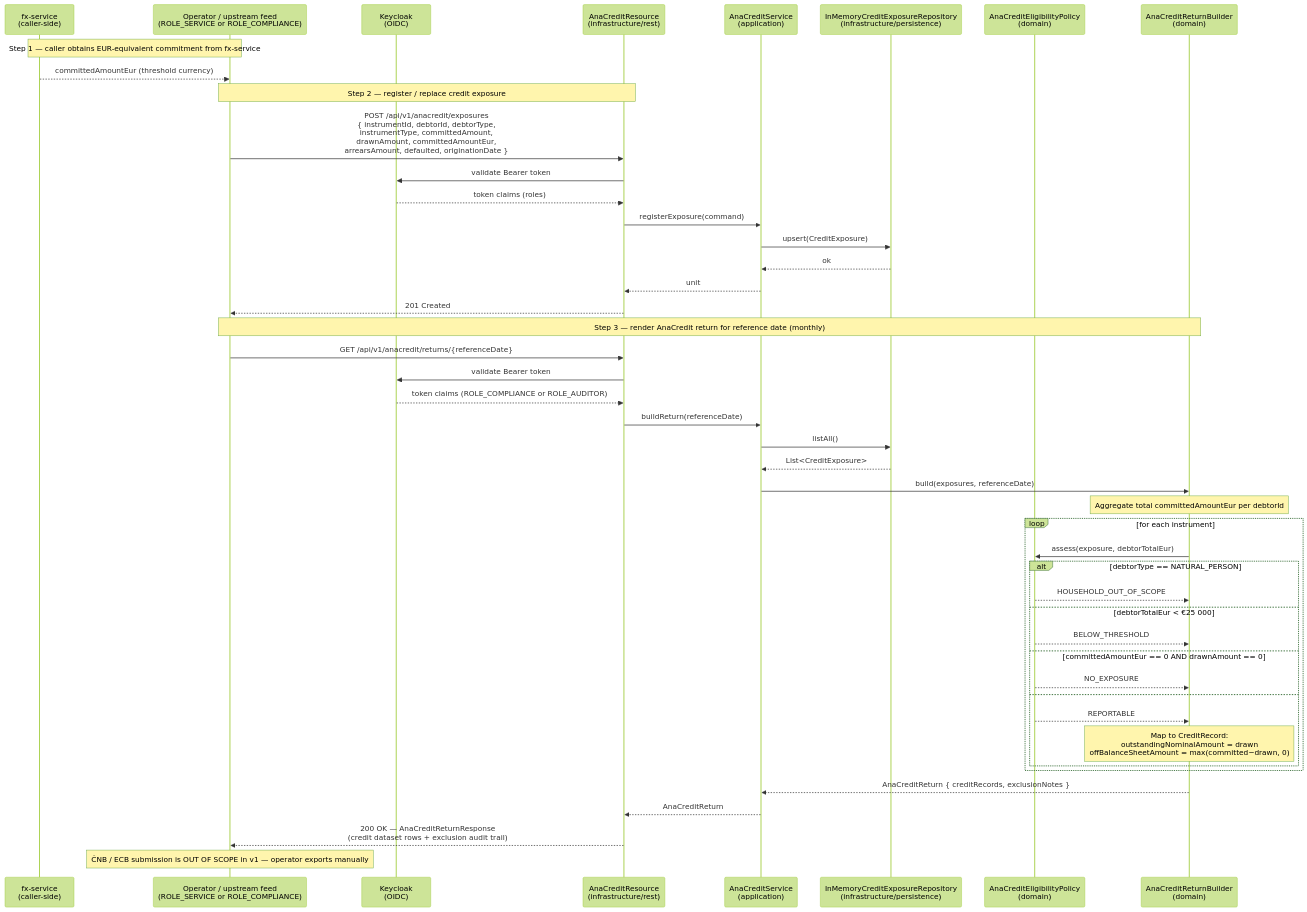
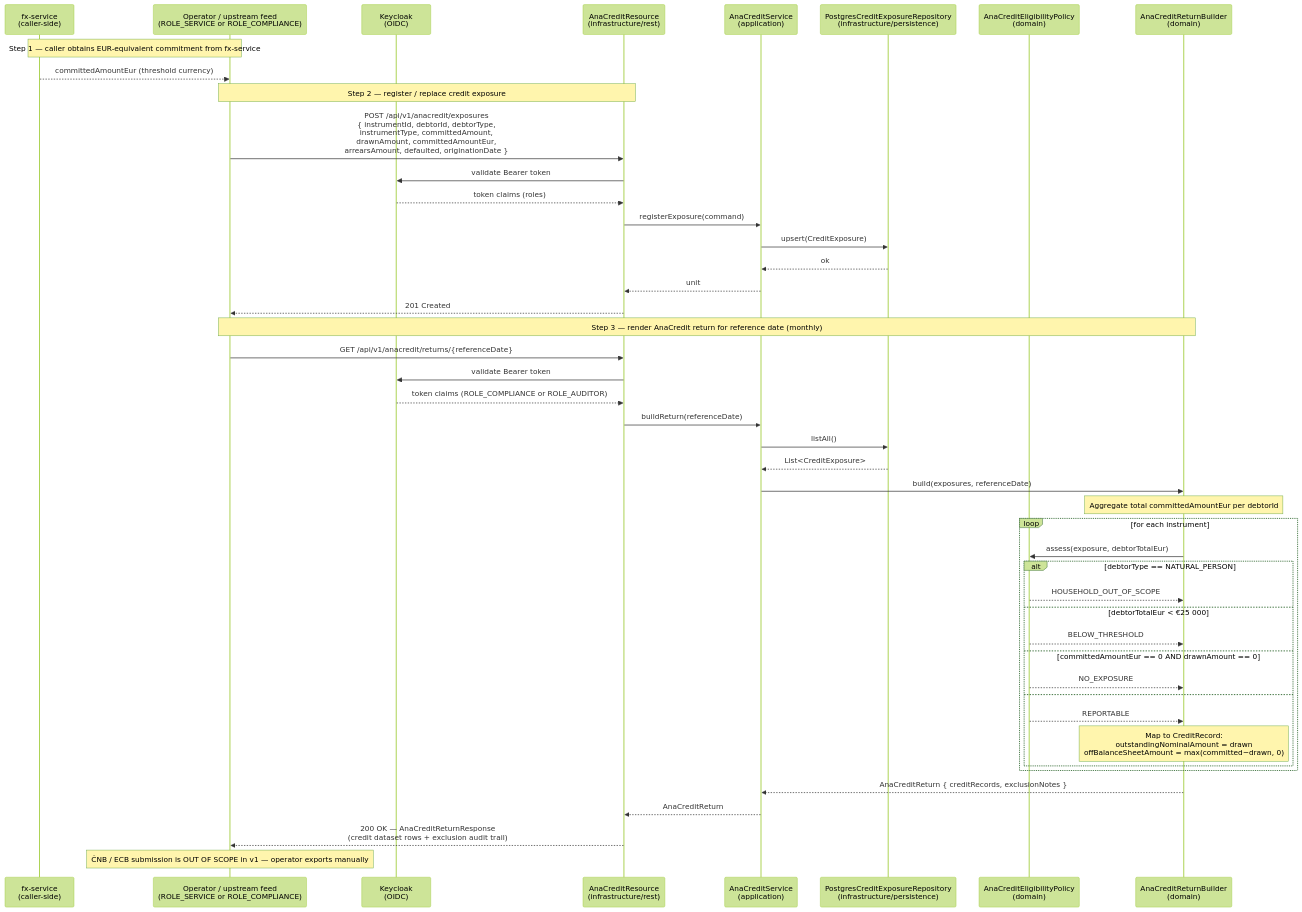
Before and after one commit to JiRaska/open-bank-oss: the diagram in openbank-anacredit-service/src/main/resources/diagrams/01-anacredit-reporting-flow.mmd, drawn with Mermaid (forest theme). The commit also changed 36 other files, not shown here.

```diff
--- a/openbank-anacredit-service/src/main/resources/diagrams/01-anacredit-reporting-flow.mmd
+++ b/openbank-anacredit-service/src/main/resources/diagrams/01-anacredit-reporting-flow.mmd
@@ -1,52 +1,52 @@
 %% title: AnaCredit Reporting Flow — exposure feed & return rendering
 sequenceDiagram
     participant FX as fx-service<br/>(caller-side)
     participant OP as Operator / upstream feed<br/>(ROLE_SERVICE or ROLE_COMPLIANCE)
     participant KC as Keycloak<br/>(OIDC)
     participant RES as AnaCreditResource<br/>(infrastructure/rest)
     participant SVC as AnaCreditService<br/>(application)
-    participant REPO as InMemoryCreditExposureRepository<br/>(infrastructure/persistence)
+    participant REPO as PostgresCreditExposureRepository<br/>(infrastructure/persistence)
     participant POL as AnaCreditEligibilityPolicy<br/>(domain)
     participant BLD as AnaCreditReturnBuilder<br/>(domain)
 
     note over FX,OP: Step 1 — caller obtains EUR-equivalent commitment from fx-service
     FX-->>OP: committedAmountEur (threshold currency)
 
     note over OP,RES: Step 2 — register / replace credit exposure
     OP->>RES: POST /api/v1/anacredit/exposures<br/>{ instrumentId, debtorId, debtorType,<br/>  instrumentType, committedAmount,<br/>  drawnAmount, committedAmountEur,<br/>  arrearsAmount, defaulted, originationDate }
     RES->>KC: validate Bearer token
     KC-->>RES: token claims (roles)
     RES->>SVC: registerExposure(command)
     SVC->>REPO: upsert(CreditExposure)
     REPO-->>SVC: ok
     SVC-->>RES: unit
     RES-->>OP: 201 Created
 
     note over OP,BLD: Step 3 — render AnaCredit return for reference date (monthly)
     OP->>RES: GET /api/v1/anacredit/returns/{referenceDate}
     RES->>KC: validate Bearer token
     KC-->>RES: token claims (ROLE_COMPLIANCE or ROLE_AUDITOR)
     RES->>SVC: buildReturn(referenceDate)
     SVC->>REPO: listAll()
     REPO-->>SVC: List<CreditExposure>
 
     SVC->>BLD: build(exposures, referenceDate)
     note over BLD: Aggregate total committedAmountEur per debtorId
     loop for each instrument
         BLD->>POL: assess(exposure, debtorTotalEur)
         alt debtorType == NATURAL_PERSON
             POL-->>BLD: HOUSEHOLD_OUT_OF_SCOPE
         else debtorTotalEur < €25 000
             POL-->>BLD: BELOW_THRESHOLD
         else committedAmountEur == 0 AND drawnAmount == 0
             POL-->>BLD: NO_EXPOSURE
         else
             POL-->>BLD: REPORTABLE
             note over BLD: Map to CreditRecord:<br/>outstandingNominalAmount = drawn<br/>offBalanceSheetAmount = max(committed−drawn, 0)
         end
     end
     BLD-->>SVC: AnaCreditReturn { creditRecords, exclusionNotes }
     SVC-->>RES: AnaCreditReturn
     RES-->>OP: 200 OK — AnaCreditReturnResponse<br/>(credit dataset rows + exclusion audit trail)
 
     note over OP: ČNB / ECB submission is OUT OF SCOPE in v1 — operator exports manually
```
